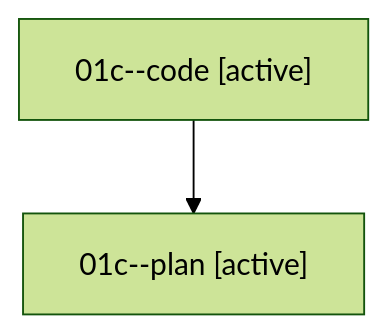
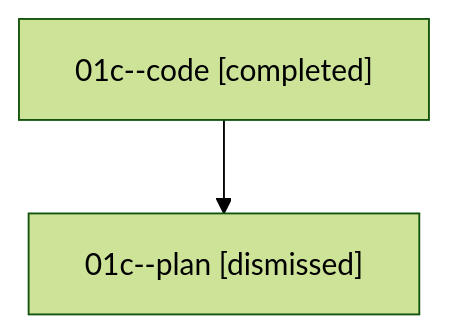
The diagram in families/bbugyi200.athena.01c.md (bobs-org/bob-cli--agents), drawn with Mermaid (forest theme) before and after one commit. The commit also changed other lines of this file and 265 other files, not shown here.

````diff
--- a/families/bbugyi200.athena.01c.md
+++ b/families/bbugyi200.athena.01c.md
@@ -9,6 +9,6 @@
 ```mermaid
 flowchart TD
-  n0["01c--code [active]"]
-  n1["01c--plan [active]"]
+  n0["01c--code [completed]"]
+  n1["01c--plan [dismissed]"]
   n0 --> n1
 ```
````
